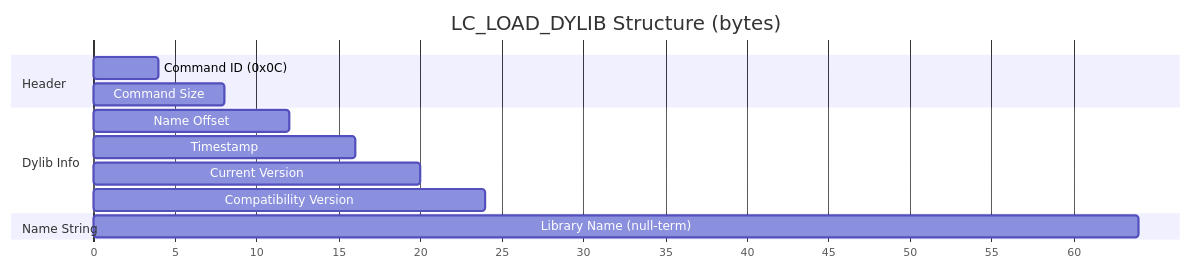
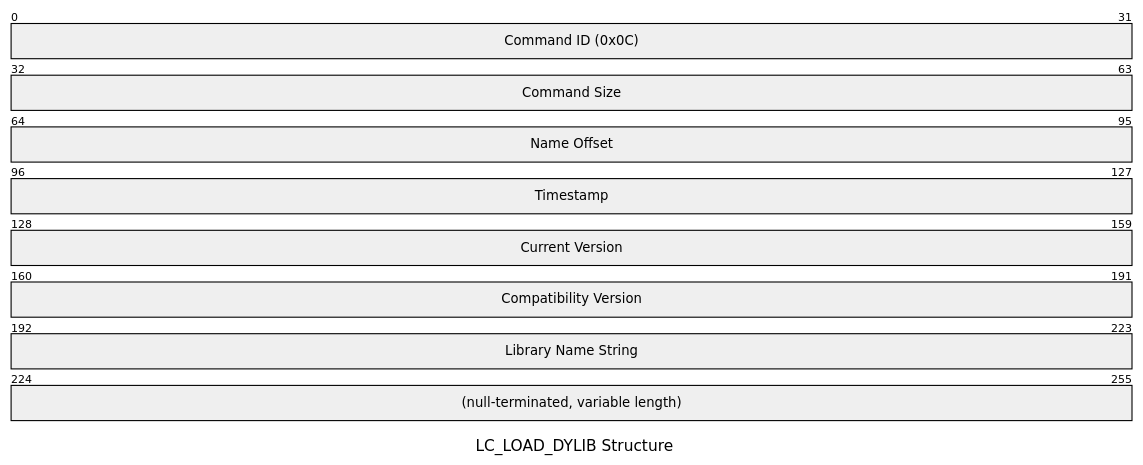
Before and after one commit to jon-djon/swift-macho: the diagram in docs/md/LC_LOAD_DYLIB.md, drawn with Mermaid.

Commit message:
Testing a packet chart

````diff
--- a/docs/md/LC_LOAD_DYLIB.md
+++ b/docs/md/LC_LOAD_DYLIB.md
@@ -7,25 +7,14 @@
 ```mermaid
 ---
-config:
-  gantt:
-    displayMode: compact
-    numberSectionStyles: 2
+title: LC_LOAD_DYLIB Structure
 ---
-gantt
-    title LC_LOAD_DYLIB Structure (bytes)
-    dateFormat X
-    axisFormat %s
-
-    section Header
-    Command ID (0x0C)           :0, 4
-    Command Size                :4, 8
-
-    section Dylib Info
-    Name Offset                 :8, 12
-    Timestamp                   :12, 16
-    Current Version             :16, 20
-    Compatibility Version       :20, 24
-
-    section Name String
-    Library Name (null-term)    :24, 64
+packet-beta
+0-31: "Command ID (0x0C)"
+32-63: "Command Size"
+64-95: "Name Offset"
+96-127: "Timestamp"
+128-159: "Current Version"
+160-191: "Compatibility Version"
+192-223: "Library Name String"
+224-255: "(null-terminated, variable length)"
 ```
````
